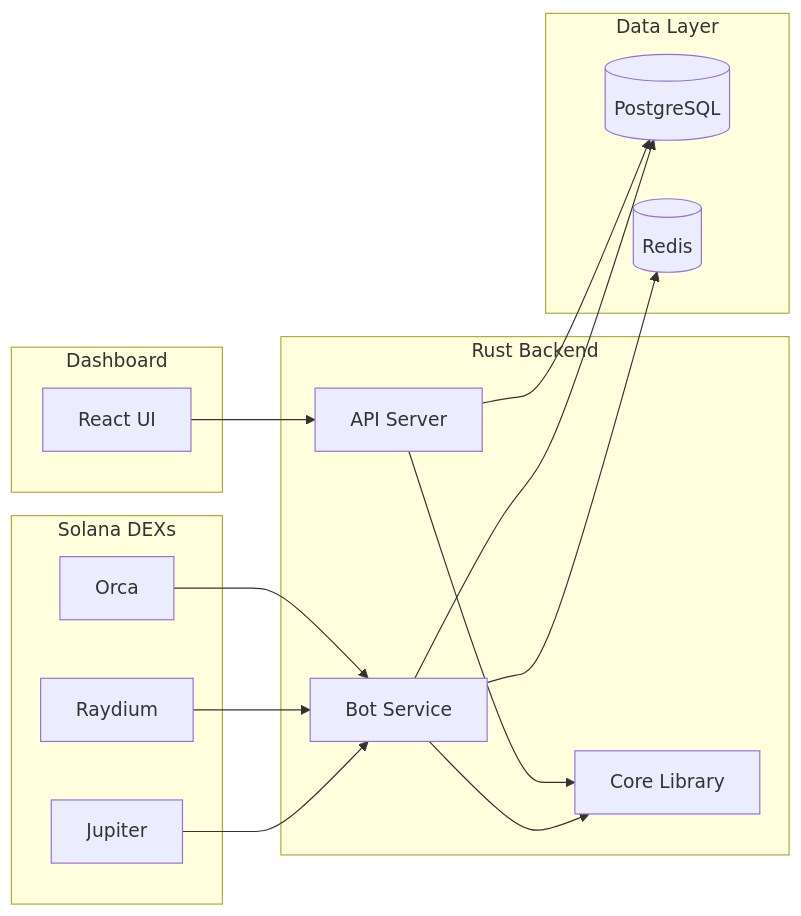
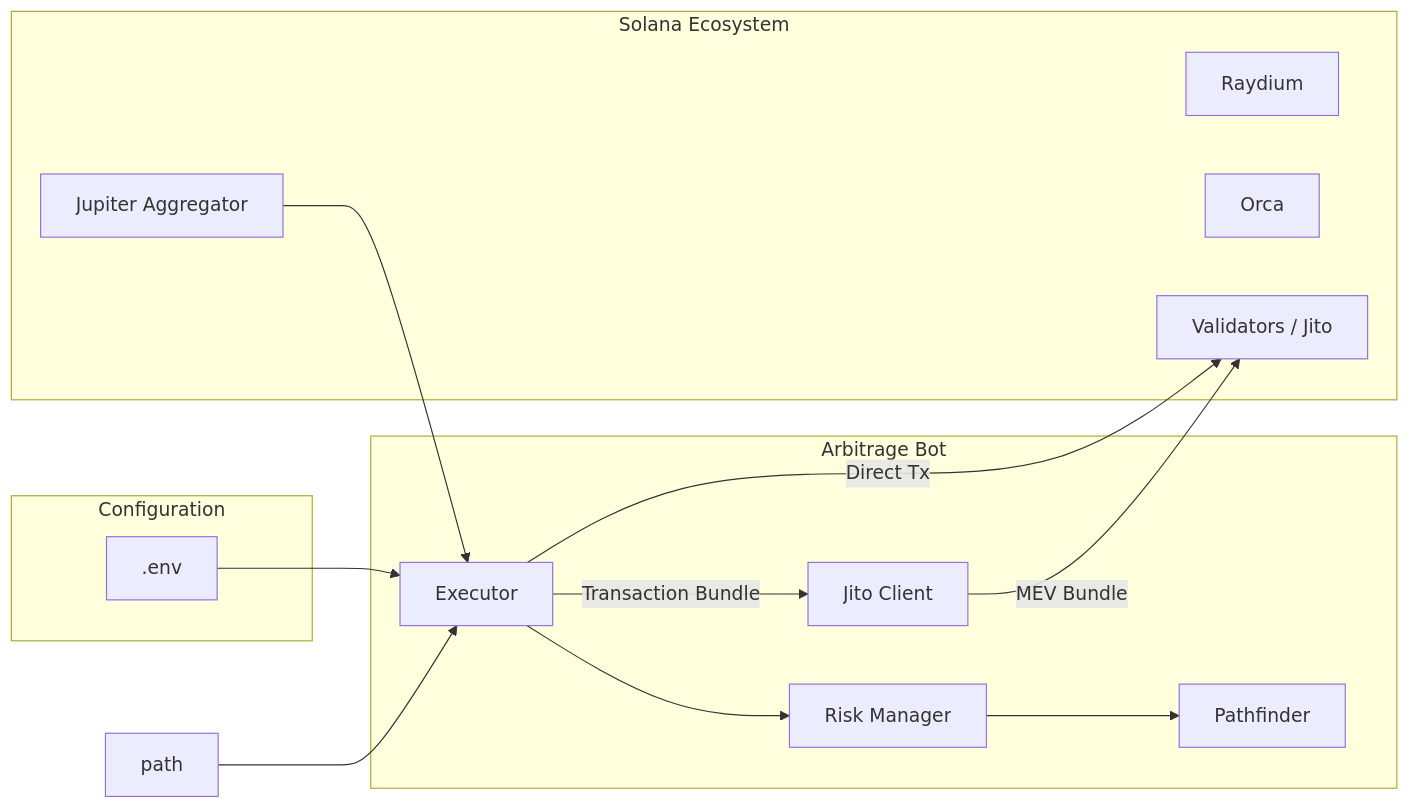
One commit to AryaSingh22/ArbEngine-Pro changed the diagram in README.md. Above: the diagram before and after it, drawn with Mermaid. The commit also changed other lines of this file, not shown here.

Commit message:
docs: Update README with production architecture and features

````diff
--- a/README.md
+++ b/README.md
@@ -44,33 +63,32 @@
 ```mermaid
 flowchart LR
-    subgraph DEXs["Solana DEXs"]
-        J[Jupiter]
+    subgraph DEXs["Solana Ecosystem"]
+        J[Jupiter Aggregator]
         R[Raydium]
         O[Orca]
+        VAL[Validators / Jito]
     end
 
-    subgraph Backend["Rust Backend"]
-        BOT[Bot Service]
-        API[API Server]
-        CORE[Core Library]
+    subgraph Bot["Arbitrage Bot"]
+        EXE[Executor]
+        RISK[Risk Manager]
+        JITO[Jito Client]
+        PATH[Pathfinder]
     end
 
-    subgraph Storage["Data Layer"]
-        PG[(PostgreSQL)]
-        RD[(Redis)]
+    subgraph Config["Configuration"]
+        ENV[.env]
     end
 
-    subgraph Frontend["Dashboard"]
-        UI[React UI]
-    end
-
-    J --> BOT
-    R --> BOT
-    O --> BOT
-    BOT --> CORE
-    API --> CORE
-    BOT --> PG
-    BOT --> RD
-    API --> PG
-    UI --> API
+    J --> EXE
+    ENV --> EXE
+    
+    EXE --> RISK
+    RISK --> PATH
+    
+    path --> EXE
+    
+    EXE -- "Transaction Bundle" --> JITO
+    EXE -- "Direct Tx" --> VAL
+    JITO -- "MEV Bundle" --> VAL
 ```
````
